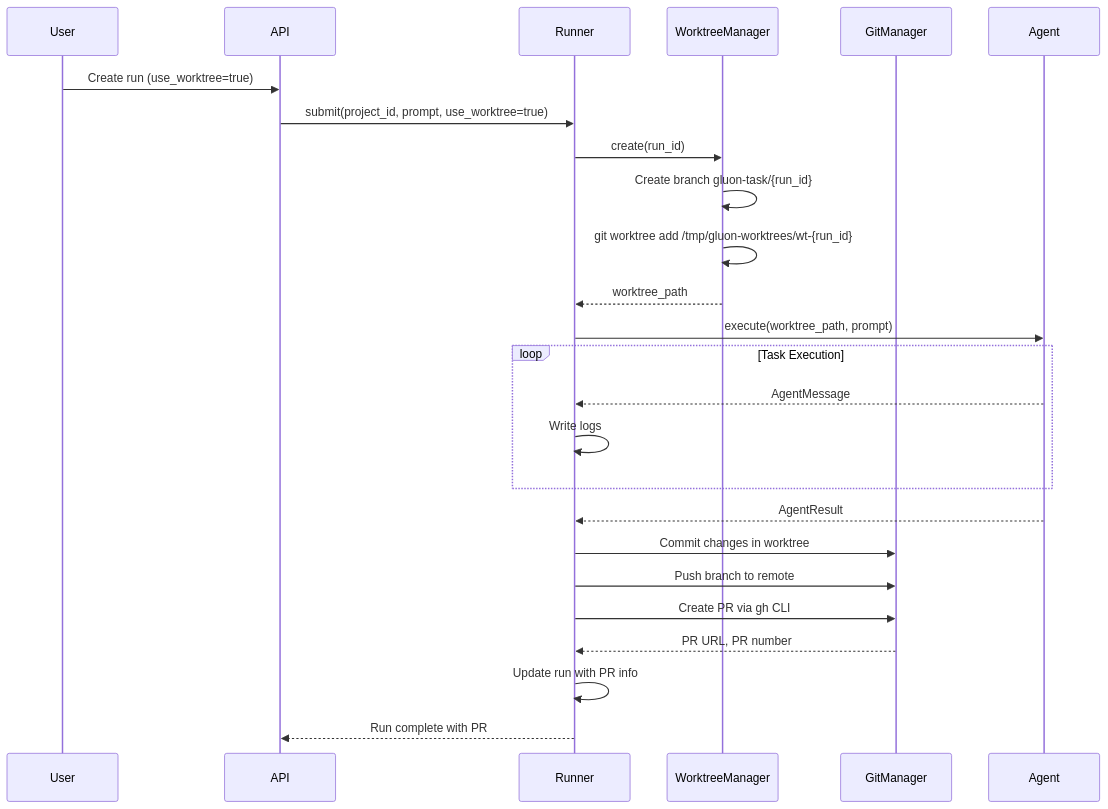
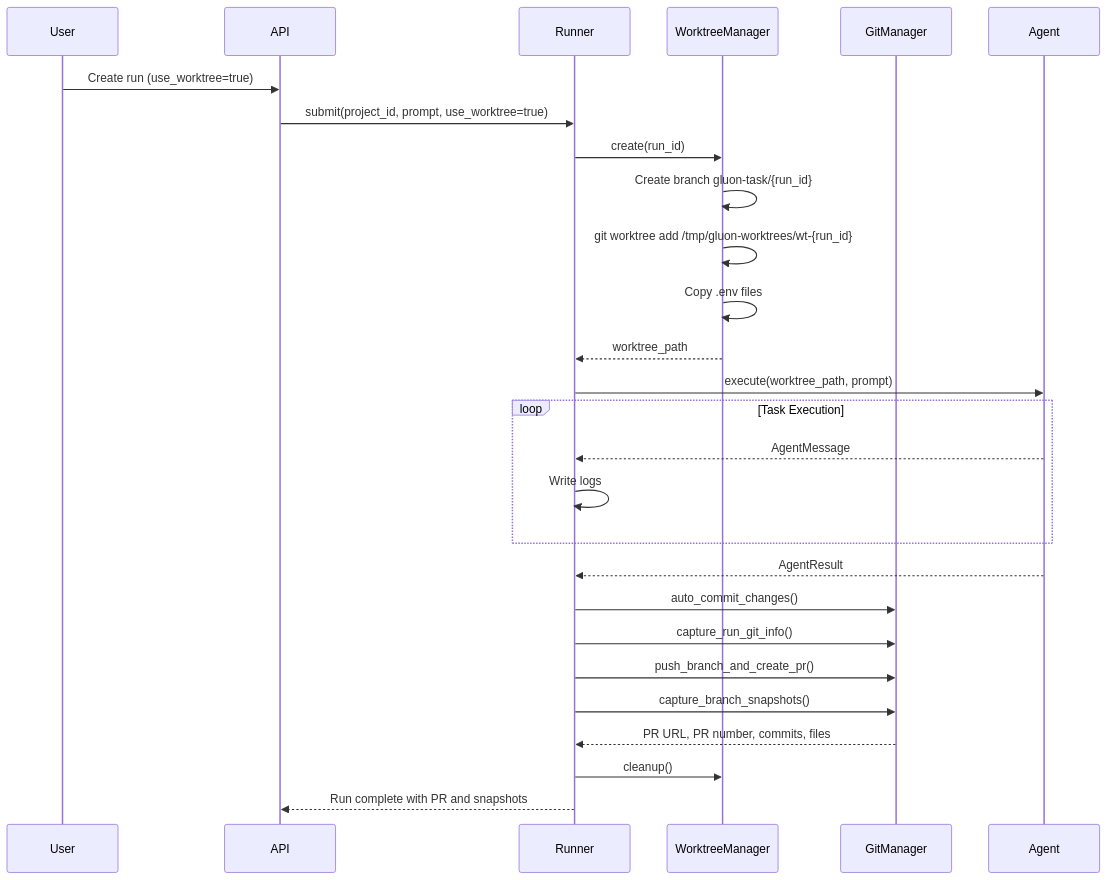
The fourth of 7 diagrams in docs/GIT-OPERATIONS.md (carrotly-ai/gluon-agent), drawn with Mermaid before and after one commit. The commit also changed other lines of this file and 7 other files, not shown here.

First line of the commit message:
docs: update CLI, development, Discord, Docker, git ops, web dashboard, and web-ui docs

````diff
--- a/docs/GIT-OPERATIONS.md
+++ b/docs/GIT-OPERATIONS.md
@@ -111,34 +113,36 @@
 ```mermaid
 sequenceDiagram
     participant User
     participant API
     participant Runner
     participant WorktreeManager
     participant GitManager
     participant Agent
 
     User->>API: Create run (use_worktree=true)
     API->>Runner: submit(project_id, prompt, use_worktree=true)
 
     Runner->>WorktreeManager: create(run_id)
     WorktreeManager->>WorktreeManager: Create branch gluon-task/{run_id}
     WorktreeManager->>WorktreeManager: git worktree add /tmp/gluon-worktrees/wt-{run_id}
+    WorktreeManager->>WorktreeManager: Copy .env files
     WorktreeManager-->>Runner: worktree_path
 
     Runner->>Agent: execute(worktree_path, prompt)
 
     loop Task Execution
         Agent-->>Runner: AgentMessage
         Runner->>Runner: Write logs
     end
 
     Agent-->>Runner: AgentResult
-    Runner->>GitManager: Commit changes in worktree
-    Runner->>GitManager: Push branch to remote
-    Runner->>GitManager: Create PR via gh CLI
+    Runner->>GitManager: auto_commit_changes()
+    Runner->>GitManager: capture_run_git_info()
+    Runner->>GitManager: push_branch_and_create_pr()
+    Runner->>GitManager: capture_branch_snapshots()
 
-    GitManager-->>Runner: PR URL, PR number
+    GitManager-->>Runner: PR URL, PR number, commits, files
 
-    Runner->>Runner: Update run with PR info
-    Runner-->>API: Run complete with PR
+    Runner->>WorktreeManager: cleanup()
+    Runner-->>API: Run complete with PR and snapshots
 ```
````
